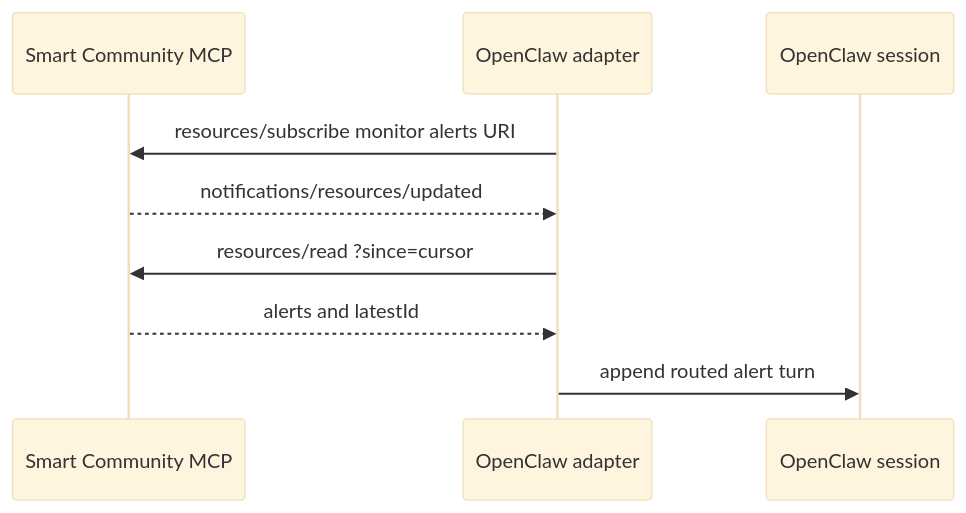
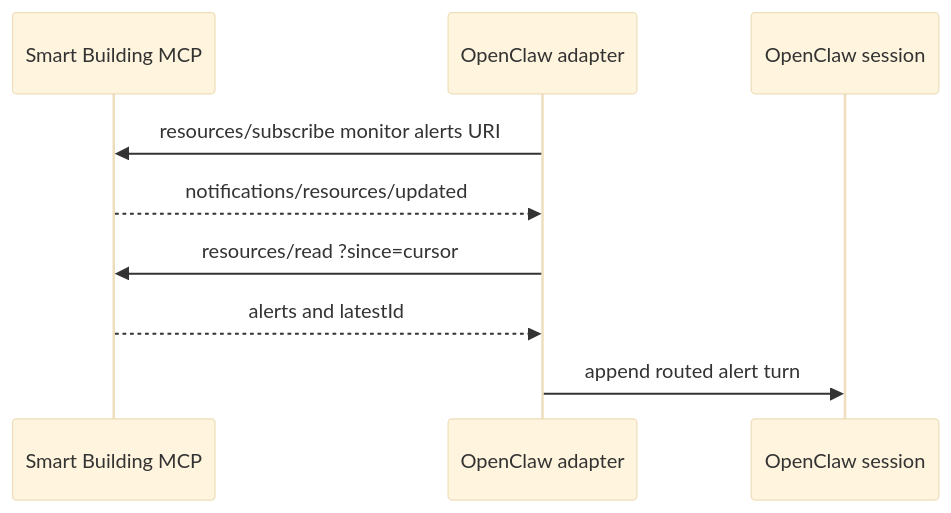
Before and after one commit to jbuksinski-intel/metro-ai-suite: the diagram in agentic-smart-community/packages/framework-adapter-sdk/examples/openclaw/README.md, drawn with Mermaid (base theme). The commit also changed other lines of this file and 67 other files, not shown here.

Commit message:
[Agentic-Smart-Community] Fix GSG (#3526)

````diff
--- a/agentic-smart-community/packages/framework-adapter-sdk/examples/openclaw/README.md
+++ b/agentic-smart-community/packages/framework-adapter-sdk/examples/openclaw/README.md
@@ -15,12 +13,12 @@
 ```mermaid
 sequenceDiagram
-    participant MCP as Smart Community MCP
+    participant MCP as Smart Building MCP
     participant Adapter as OpenClaw adapter
     participant Session as OpenClaw session
 
     Adapter->>MCP: resources/subscribe monitor alerts URI
     MCP-->>Adapter: notifications/resources/updated
     Adapter->>MCP: resources/read ?since=cursor
     MCP-->>Adapter: alerts and latestId
     Adapter->>Session: append routed alert turn
 ```
````
